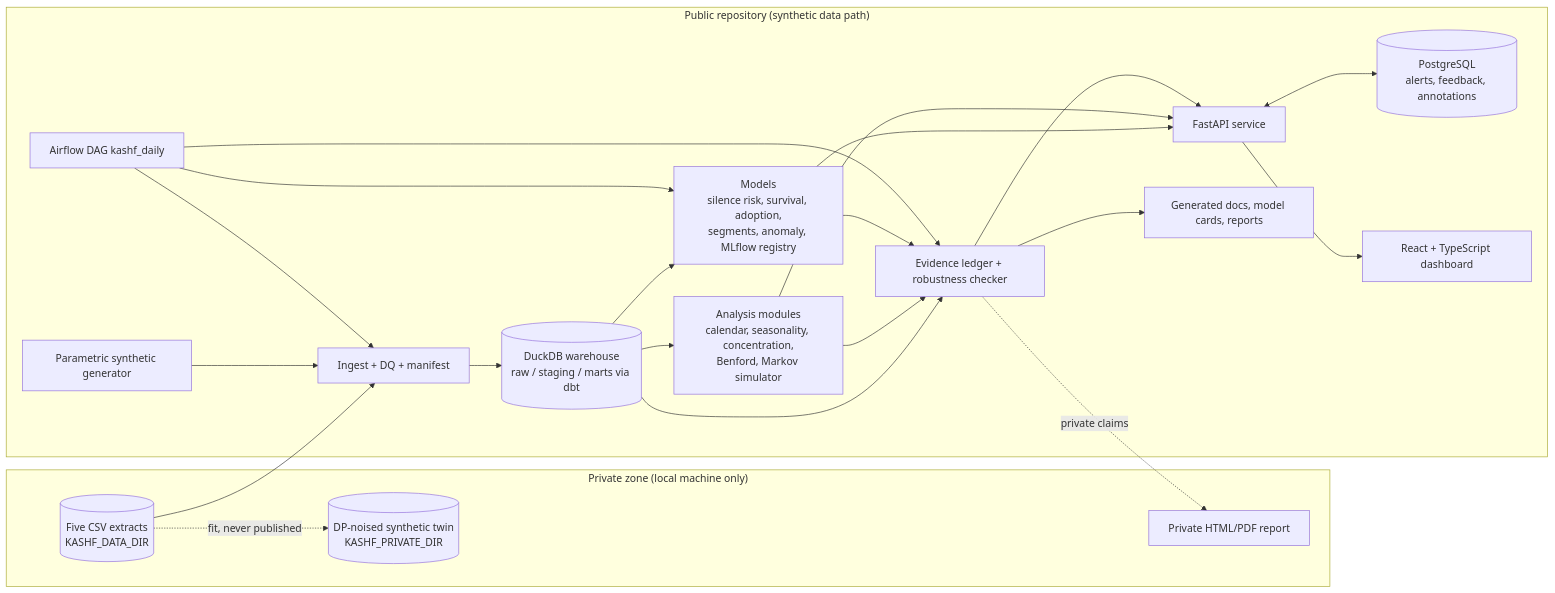
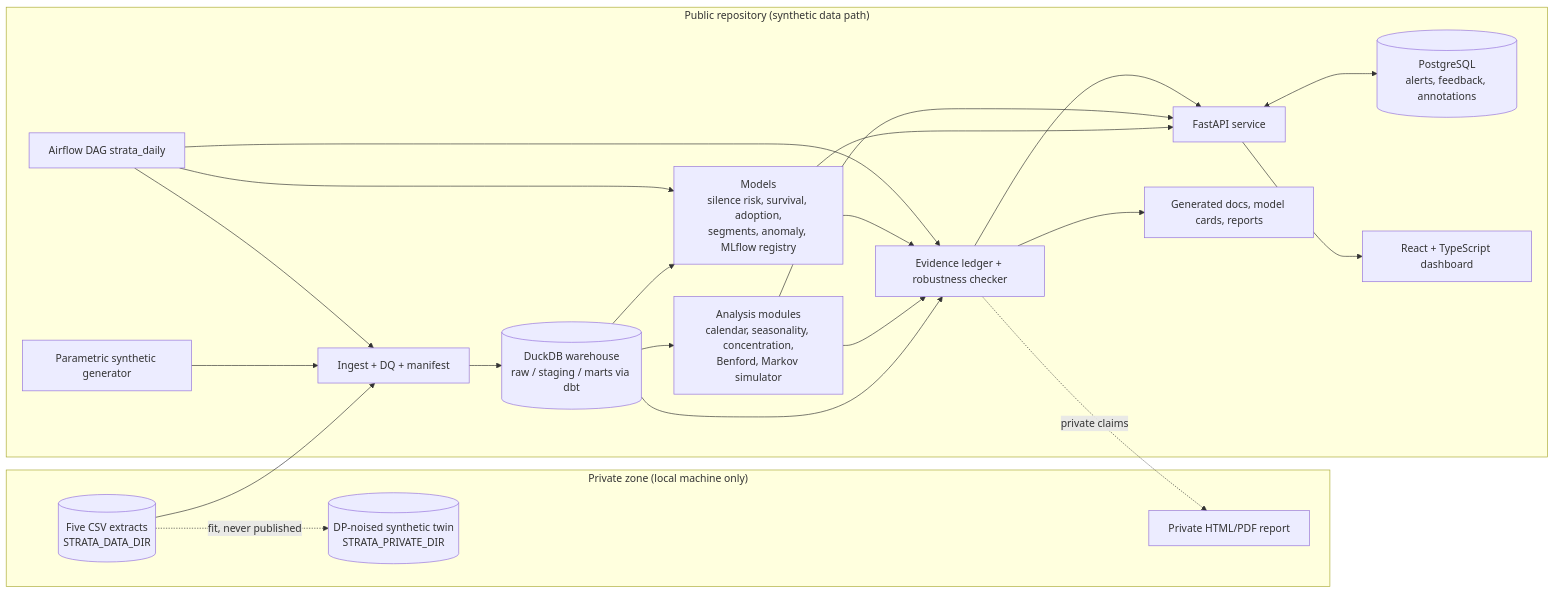
Before and after one commit to storm2121/Customer-Behavior-Analysis-and-prediction: the diagram in ARCHITECTURE.md, drawn with Mermaid. The commit also changed other lines of this file and 2 other files, not shown here.

Commit message:
docs: rename to Strata, make the pipeline the product, scrub hand-typed findings and private paths from architect docs

````diff
--- a/ARCHITECTURE.md
+++ b/ARCHITECTURE.md
@@ -47,36 +53,36 @@
 ```mermaid
 flowchart LR
   subgraph Private["Private zone (local machine only)"]
-    RAW[(Five CSV extracts<br/>KASHF_DATA_DIR)]
-    TWIN[(DP-noised synthetic twin<br/>KASHF_PRIVATE_DIR)]
+    RAW[(Five CSV extracts<br/>STRATA_DATA_DIR)]
+    TWIN[(DP-noised synthetic twin<br/>STRATA_PRIVATE_DIR)]
     PRIV[Private HTML/PDF report]
   end
   subgraph Repo["Public repository (synthetic data path)"]
     SYN[Parametric synthetic generator]
     ING[Ingest + DQ + manifest]
     DUCK[(DuckDB warehouse<br/>raw / staging / marts via dbt)]
     LED[Evidence ledger + robustness checker]
     AN[Analysis modules<br/>calendar, seasonality, concentration,<br/>Benford, Markov simulator]
     ML[Models<br/>silence risk, survival, adoption,<br/>segments, anomaly, MLflow registry]
     API[FastAPI service]
     PG[(PostgreSQL<br/>alerts, feedback, annotations)]
-    AF[Airflow DAG kashf_daily]
+    AF[Airflow DAG strata_daily]
     UI[React + TypeScript dashboard]
     DOCS[Generated docs, model cards, reports]
   end
   RAW --> ING
   SYN --> ING
   ING --> DUCK --> LED --> DOCS
   DUCK --> AN --> LED
   DUCK --> ML --> LED
   ML --> API
   AN --> API
   LED --> API
   API <--> PG
   API --> UI
   AF --> ING
   AF --> ML
   AF --> LED
   RAW -. fit, never published .-> TWIN
   LED -. private claims .-> PRIV
 ```
````
